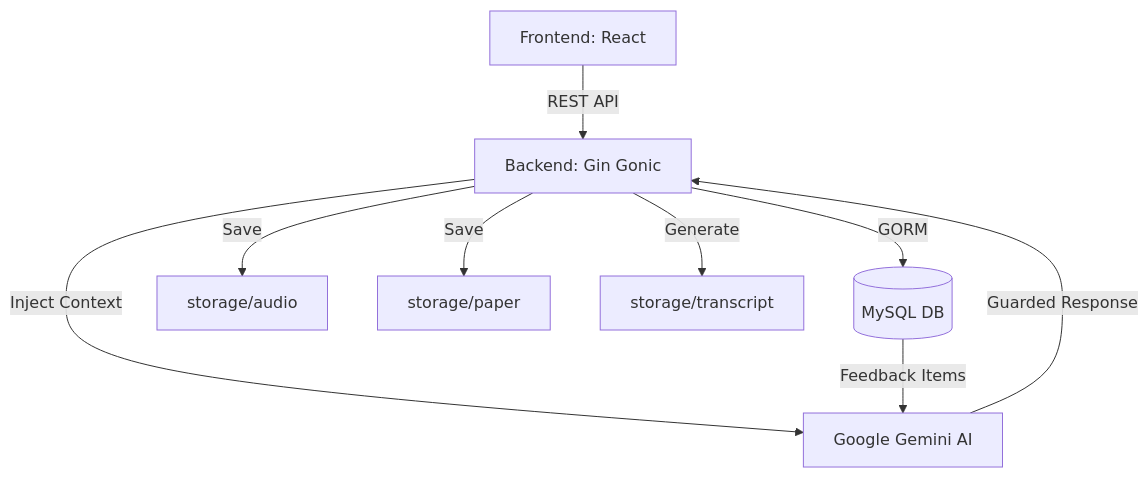
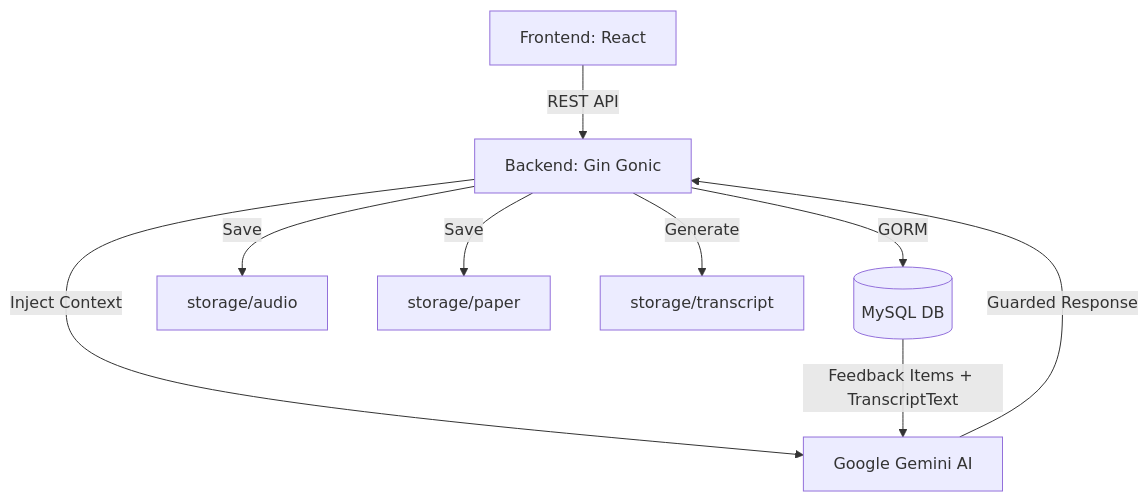
One commit to cruzhgggggg-coder/Tier_Log changed the diagram in README.md. Above: the diagram before and after it, drawn with Mermaid. The commit also changed other lines of this file and 6 other files, not shown here.

````diff
--- a/README.md
+++ b/README.md
@@ -36,11 +37,11 @@
 ```mermaid
 graph TD
     A[Frontend: React] -->|REST API| B[Backend: Gin Gonic]
     B -->|GORM| C[(MySQL DB)]
     B -->|Save| D[storage/audio]
     B -->|Save| E[storage/paper]
     B -->|Generate| F[storage/transcript]
     B -->|Inject Context| G[Google Gemini AI]
-    C -->|Feedback Items| G
+    C -->|Feedback Items + TranscriptText| G
     G -->|Guarded Response| B
 ```
````
